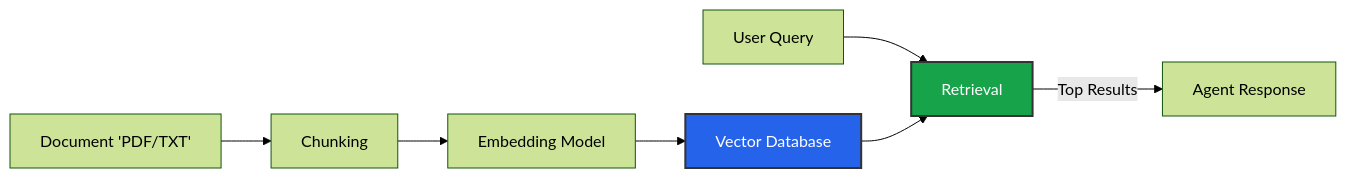
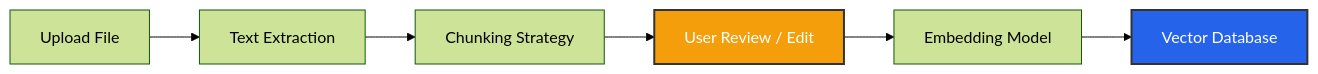
Before and after one commit to abdofallah/IqraAI-Docs: the diagram in content/docs/build/knowledge/rag.mdx, drawn with Mermaid (forest theme). The commit also changed other lines of this file and 11 other files, not shown here.

````diff
--- a/content/docs/build/knowledge/rag.mdx
+++ b/content/docs/build/knowledge/rag.mdx
@@ -13,13 +17,11 @@
 ```mermaid
 graph LR
-    Doc[Document 'PDF/TXT'] --> Chunk[Chunking]
-    Chunk --> Embed[Embedding Model]
+    File[Upload File] --> Extract[Text Extraction]
+    Extract --> Chunk[Chunking Strategy]
+    Chunk --> Edit[User Review / Edit]
+    Edit --> Embed[Embedding Model]
     Embed --> Vector[Vector Database]
     
-    User[User Query] --> Search[Retrieval]
-    Vector --> Search
-    Search -->|Top Results| LLM[Agent Response]
-    
+    style Edit fill:#f59e0b,stroke:#333,stroke-width:2px,color:#fff
     style Vector fill:#2563eb,stroke:#333,stroke-width:2px,color:#fff
-    style Search fill:#16a34a,stroke:#333,stroke-width:2px,color:#fff
 ```
````
